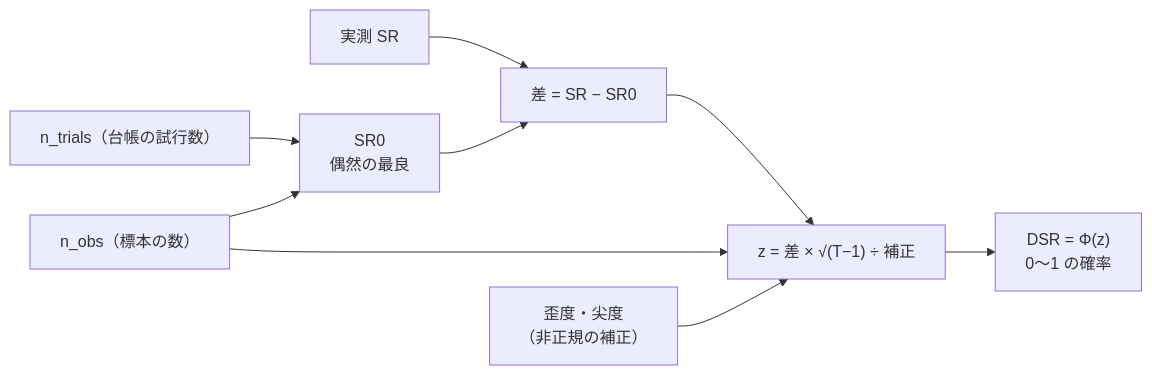
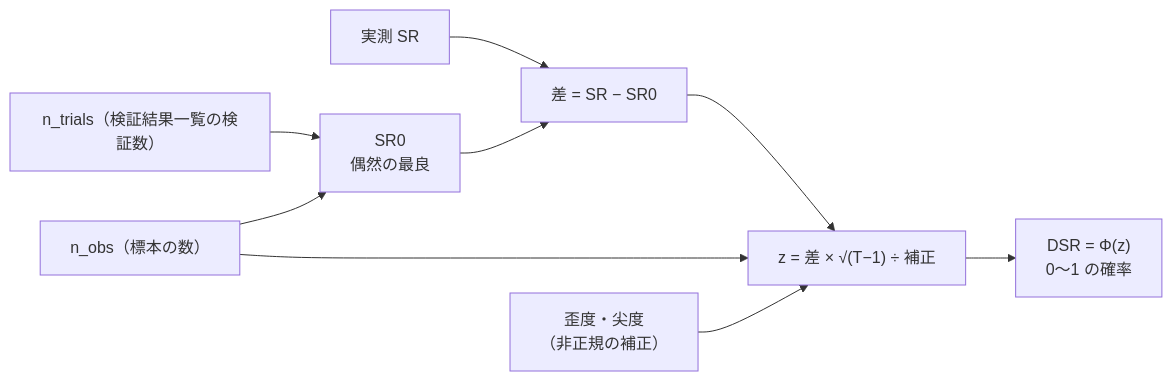
Before and after one commit to akiraak/ai-income-lab: the second of 5 diagrams in docs/specs/experiments/feature-discovery/dsr.md, drawn with Mermaid. The commit also changed other lines of this file and 52 other files, not shown here.

````diff
--- a/docs/specs/experiments/feature-discovery/dsr.md
+++ b/docs/specs/experiments/feature-discovery/dsr.md
@@ -55,11 +55,11 @@
 ```mermaid
 flowchart LR
   SR["実測 SR"] --> D["差 = SR − SR0"]
-  N["n_trials（台帳の試行数）"] --> S0["SR0<br/>偶然の最良"]
+  N["n_trials（検証結果一覧の検証数）"] --> S0["SR0<br/>偶然の最良"]
   T["n_obs（標本の数）"] --> S0
   S0 --> D
   D --> Z["z = 差 × √(T−1) ÷ 補正"]
   T --> Z
   K["歪度・尖度<br/>（非正規の補正）"] --> Z
   Z --> P["DSR = Φ(z)<br/>0〜1 の確率"]
 ```
````
